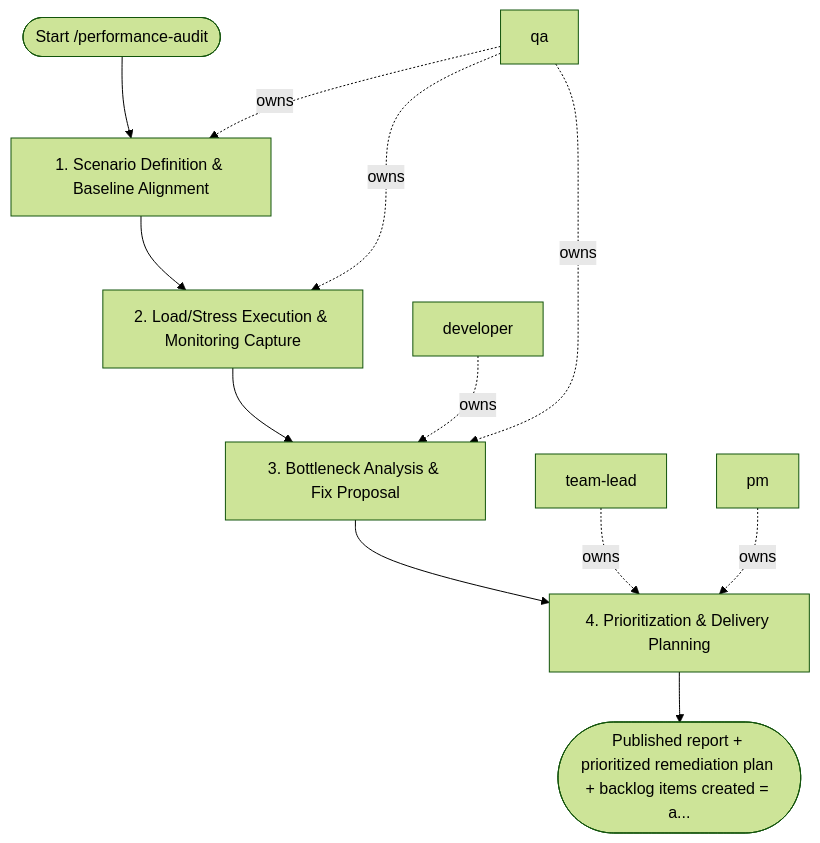
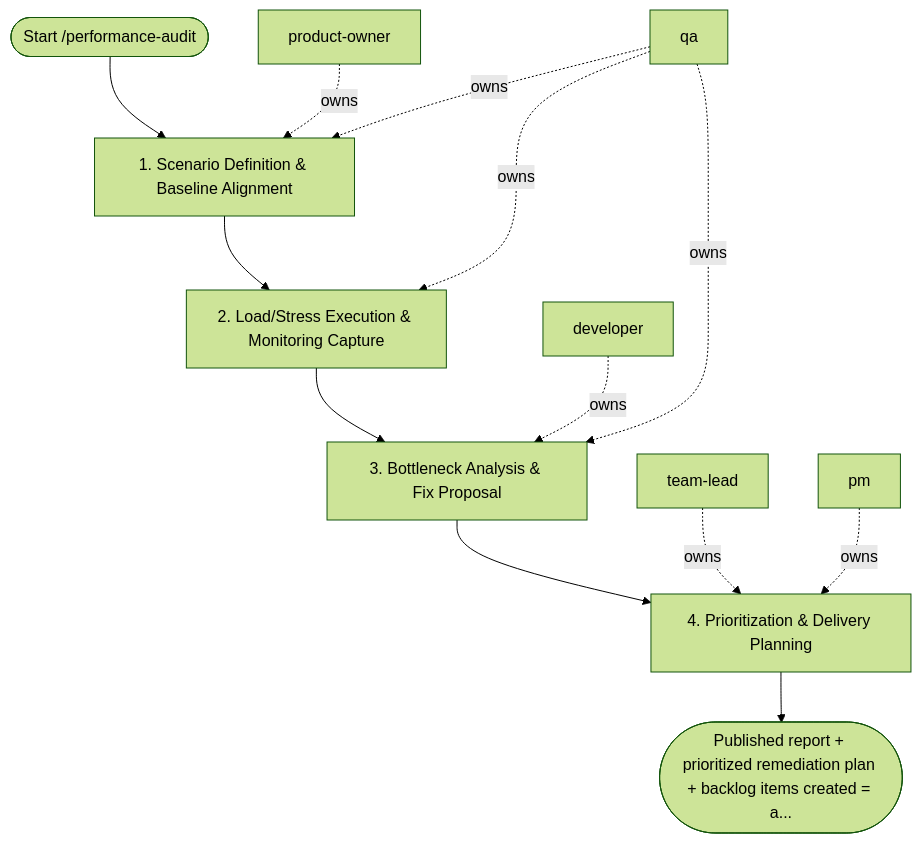
Before and after one commit to sawrus/agent-guides: the diagram in areas/software/qa/workflows/performance-audit.md, drawn with Mermaid (forest theme). The commit also changed other lines of this file and 76 other files, not shown here.

Commit message:
Standardize workflow product owner initiation

````diff
--- a/areas/software/qa/workflows/performance-audit.md
+++ b/areas/software/qa/workflows/performance-audit.md
@@ -61,24 +61,26 @@
 ```mermaid
 flowchart TD
   start(["Start /performance-audit"])
-  role_1["qa"]
-  role_2["developer"]
-  role_3["team-lead"]
-  role_4["pm"]
+  role_1["product-owner"]
+  role_2["qa"]
+  role_3["developer"]
+  role_4["team-lead"]
+  role_5["pm"]
   step_1["1. Scenario Definition & Baseline Alignment"]
   step_2["2. Load/Stress Execution & Monitoring Capture"]
   step_3["3. Bottleneck Analysis & Fix Proposal"]
   step_4["4. Prioritization & Delivery Planning"]
   exit(["Published report + prioritized remediation plan + backlog items created = a..."])
   start --> step_1
   step_1 --> step_2
   step_2 --> step_3
   step_3 --> step_4
   step_4 --> exit
   role_1 -. owns .-> step_1
-  role_1 -. owns .-> step_2
+  role_2 -. owns .-> step_1
+  role_2 -. owns .-> step_2
+  role_3 -. owns .-> step_3
   role_2 -. owns .-> step_3
-  role_1 -. owns .-> step_3
-  role_3 -. owns .-> step_4
   role_4 -. owns .-> step_4
+  role_5 -. owns .-> step_4
 ```
````
